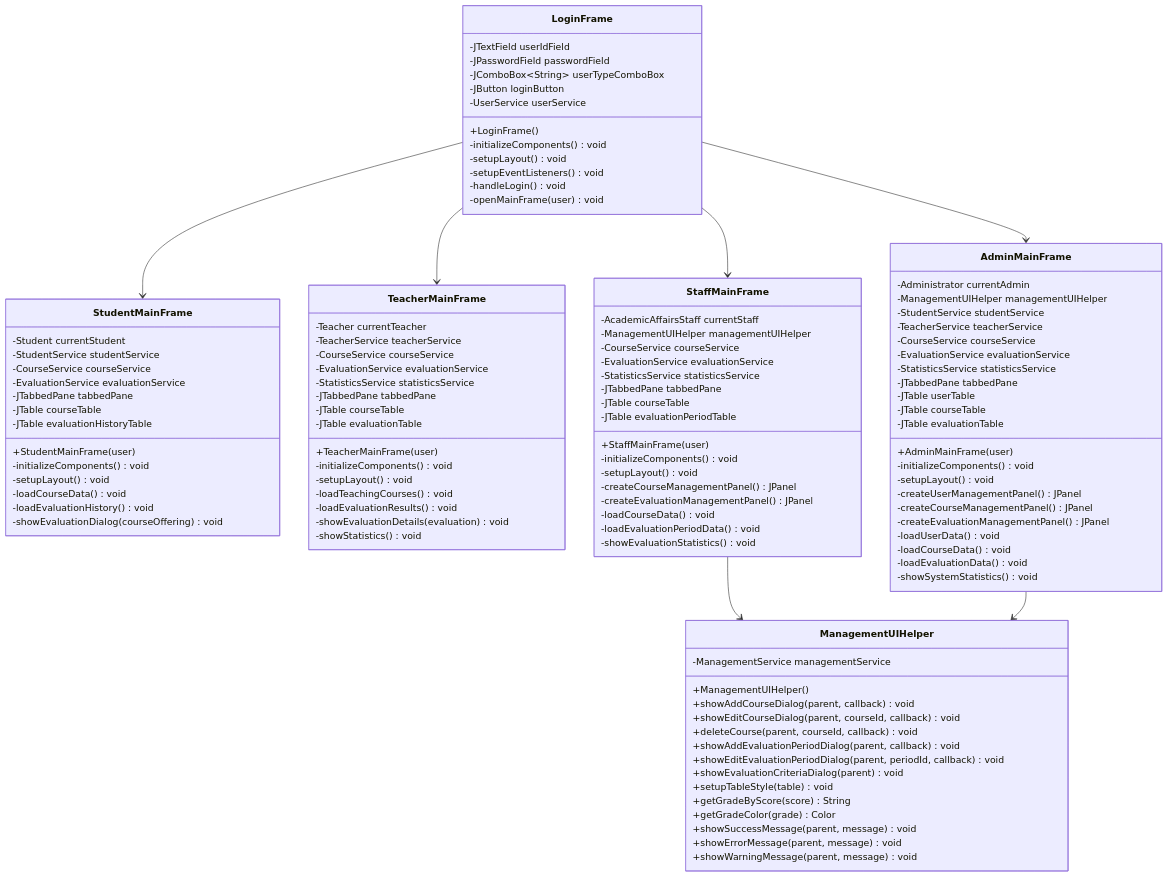
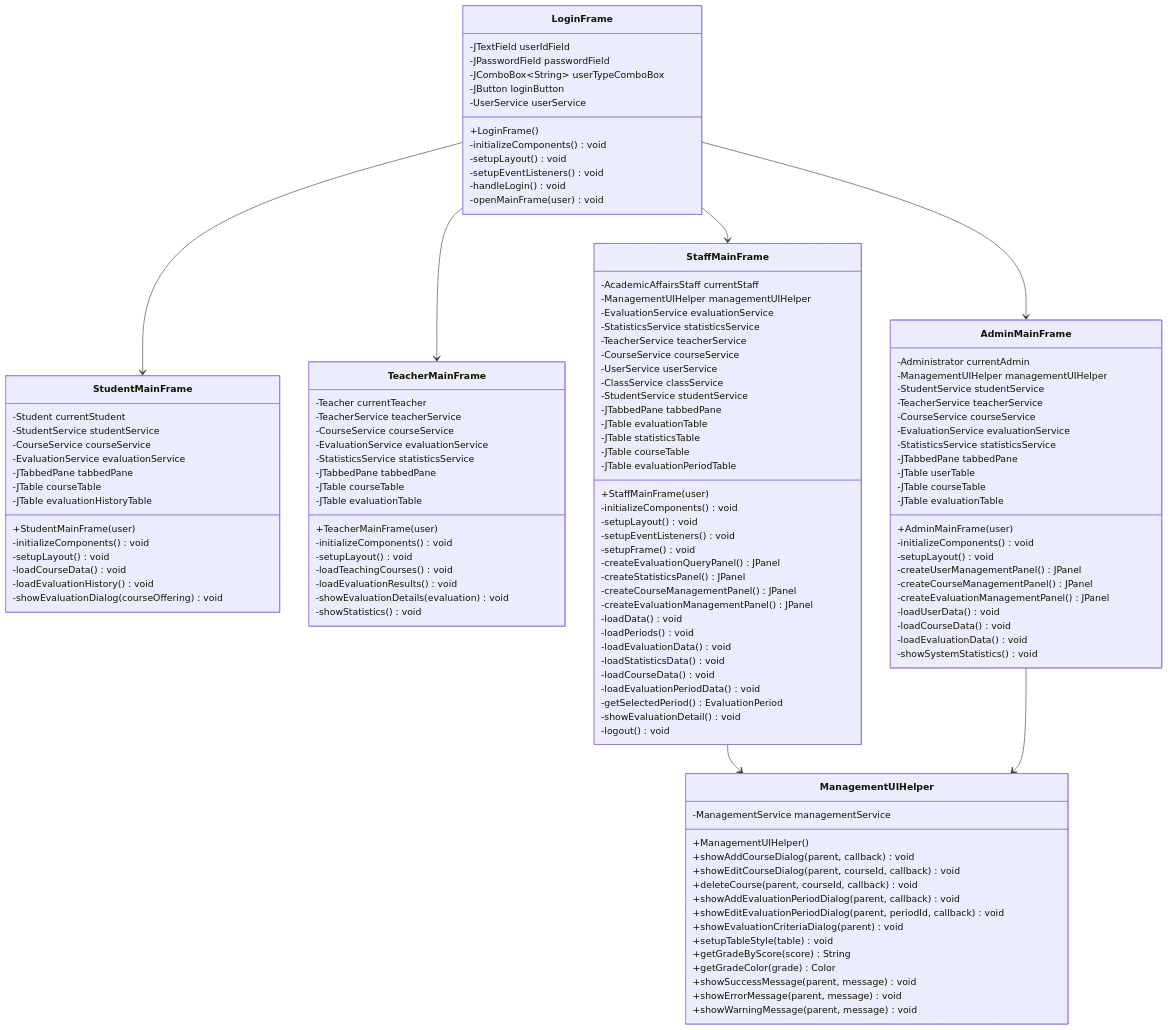
One commit to ViojinL/studentEvaluationManagement changed the third of 3 diagrams in docx/03-类设计.md. Above: the diagram before and after it, drawn with Mermaid. The commit also changed other lines of this file and 38 other files, not shown here.

```diff
--- a/docx/03-类设计.md
+++ b/docx/03-类设计.md
@@ -392,20 +474,36 @@
     class StaffMainFrame {
         -AcademicAffairsStaff currentStaff
         -ManagementUIHelper managementUIHelper
-        -CourseService courseService
         -EvaluationService evaluationService
         -StatisticsService statisticsService
+        -TeacherService teacherService
+        -CourseService courseService
+        -UserService userService
+        -ClassService classService
+        -StudentService studentService
         -JTabbedPane tabbedPane
+        -JTable evaluationTable
+        -JTable statisticsTable
         -JTable courseTable
         -JTable evaluationPeriodTable
         +StaffMainFrame(user)
         -initializeComponents() void
         -setupLayout() void
+        -setupEventListeners() void
+        -setupFrame() void
+        -createEvaluationQueryPanel() JPanel
+        -createStatisticsPanel() JPanel
         -createCourseManagementPanel() JPanel
         -createEvaluationManagementPanel() JPanel
+        -loadData() void
+        -loadPeriods() void
+        -loadEvaluationData() void
+        -loadStatisticsData() void
         -loadCourseData() void
         -loadEvaluationPeriodData() void
-        -showEvaluationStatistics() void
+        -getSelectedPeriod() EvaluationPeriod
+        -showEvaluationDetail() void
+        -logout() void
     }
     
     class AdminMainFrame {
```
